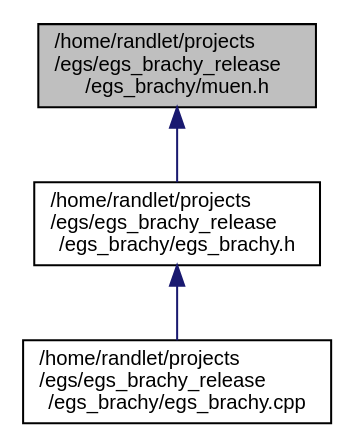
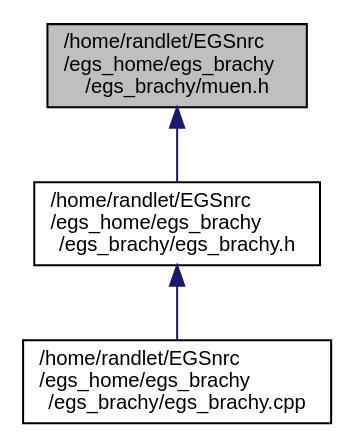
One commit to clrp-code/egs_brachy changed the diagram in docs/muen_8h__dep__incl.dot. Above: the diagram before and after it, drawn with Graphviz. The commit also changed 675 other files, not shown here.

```diff
--- a/docs/muen_8h__dep__incl.dot
+++ b/docs/muen_8h__dep__incl.dot
@@ -1,10 +1,10 @@
-digraph "/home/randlet/projects/egs/egs_brachy_release/egs_brachy/muen.h"
+digraph "/home/randlet/EGSnrc/egs_home/egs_brachy/egs_brachy/muen.h"
 {
   edge [fontname="Helvetica",fontsize="10",labelfontname="Helvetica",labelfontsize="10"];
   node [fontname="Helvetica",fontsize="10",shape=record];
-  Node1 [label="/home/randlet/projects\l/egs/egs_brachy_release\l/egs_brachy/muen.h",height=0.2,width=0.4,color="black", fillcolor="grey75", style="filled", fontcolor="black"];
+  Node1 [label="/home/randlet/EGSnrc\l/egs_home/egs_brachy\l/egs_brachy/muen.h",height=0.2,width=0.4,color="black", fillcolor="grey75", style="filled", fontcolor="black"];
   Node1 -> Node2 [dir="back",color="midnightblue",fontsize="10",style="solid",fontname="Helvetica"];
-  Node2 [label="/home/randlet/projects\l/egs/egs_brachy_release\l/egs_brachy/egs_brachy.h",height=0.2,width=0.4,color="black", fillcolor="white", style="filled",URL="$egs__brachy_8h.html",tooltip="the main egs_brachy application header file "];
+  Node2 [label="/home/randlet/EGSnrc\l/egs_home/egs_brachy\l/egs_brachy/egs_brachy.h",height=0.2,width=0.4,color="black", fillcolor="white", style="filled",URL="$egs__brachy_8h.html",tooltip="the main egs_brachy application header file "];
   Node2 -> Node3 [dir="back",color="midnightblue",fontsize="10",style="solid",fontname="Helvetica"];
-  Node3 [label="/home/randlet/projects\l/egs/egs_brachy_release\l/egs_brachy/egs_brachy.cpp",height=0.2,width=0.4,color="black", fillcolor="white", style="filled",URL="$egs__brachy_8cpp.html",tooltip="the main egs_brachy application implementation file "];
+  Node3 [label="/home/randlet/EGSnrc\l/egs_home/egs_brachy\l/egs_brachy/egs_brachy.cpp",height=0.2,width=0.4,color="black", fillcolor="white", style="filled",URL="$egs__brachy_8cpp.html",tooltip="the main egs_brachy application implementation file "];
 }
```
